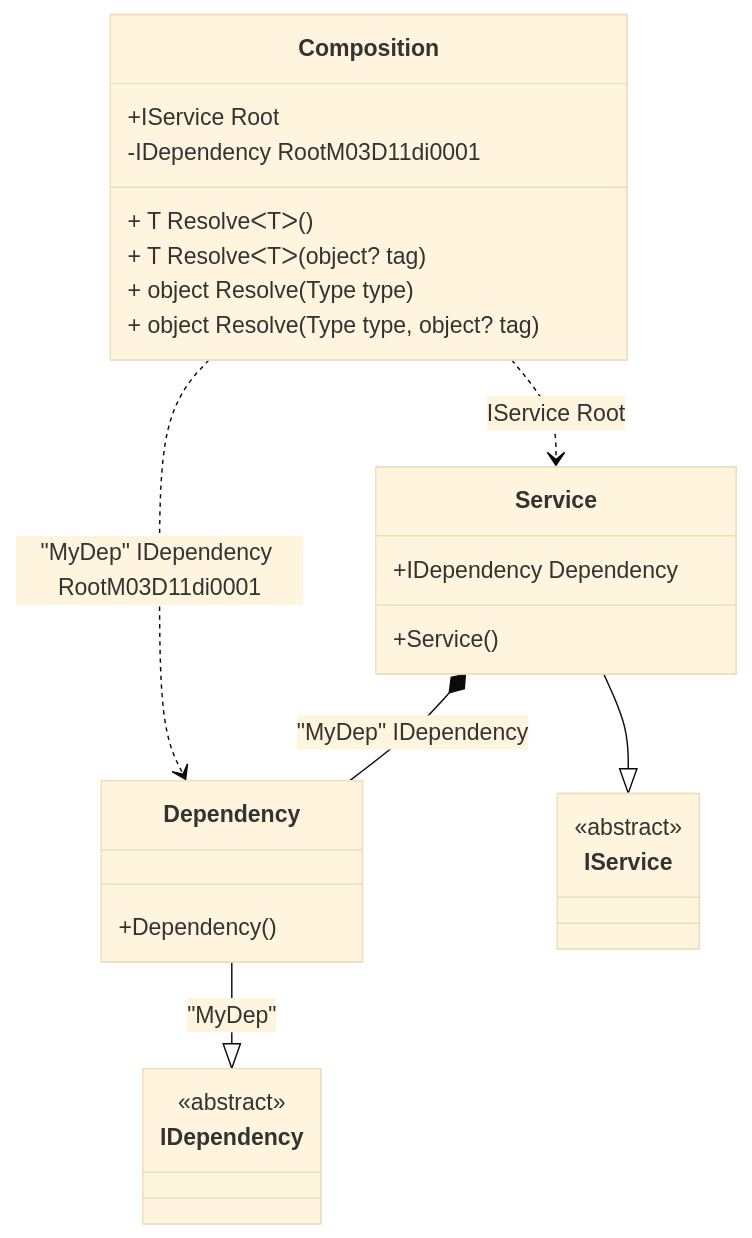
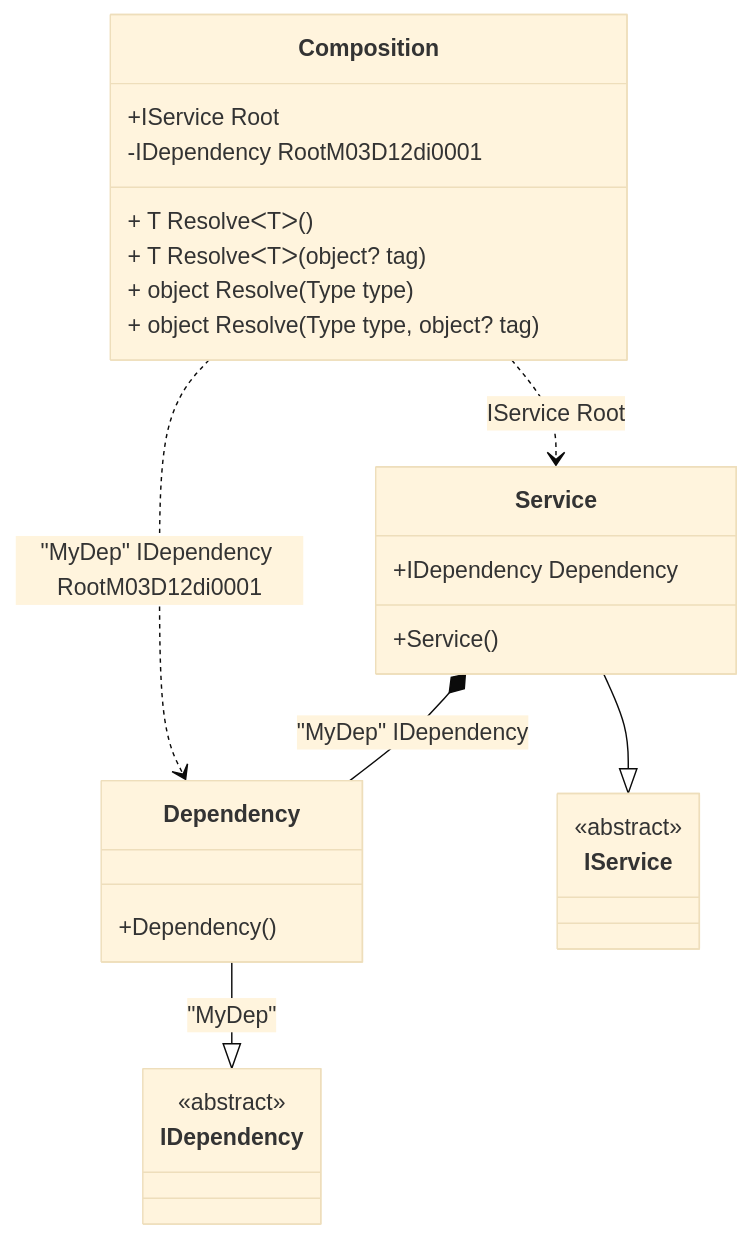
Before and after one commit to DevTeam/Pure.DI: the diagram in readme/check-for-a-root.md, drawn with Mermaid (base theme). The commit also changed other lines of this file and 75 other files, not shown here.

````diff
--- a/readme/check-for-a-root.md
+++ b/readme/check-for-a-root.md
@@ -63,29 +63,29 @@
 ```mermaid
 classDiagram
   class Composition {
     +IService Root
-    -IDependency RootM03D11di0001
+    -IDependency RootM03D12di0001
     + T ResolveᐸTᐳ()
     + T ResolveᐸTᐳ(object? tag)
     + object Resolve(Type type)
     + object Resolve(Type type, object? tag)
   }
   Dependency --|> IDependency : "MyDep" 
   class Dependency {
     +Dependency()
   }
   Service --|> IService : 
   class Service {
     +Service()
     +IDependency Dependency
   }
   class IDependency {
     <<abstract>>
   }
   class IService {
     <<abstract>>
   }
   Service *--  Dependency : "MyDep"  IDependency
-  Composition ..> Dependency : "MyDep" IDependency RootM03D11di0001
+  Composition ..> Dependency : "MyDep" IDependency RootM03D12di0001
   Composition ..> Service : IService Root
 ```
````
